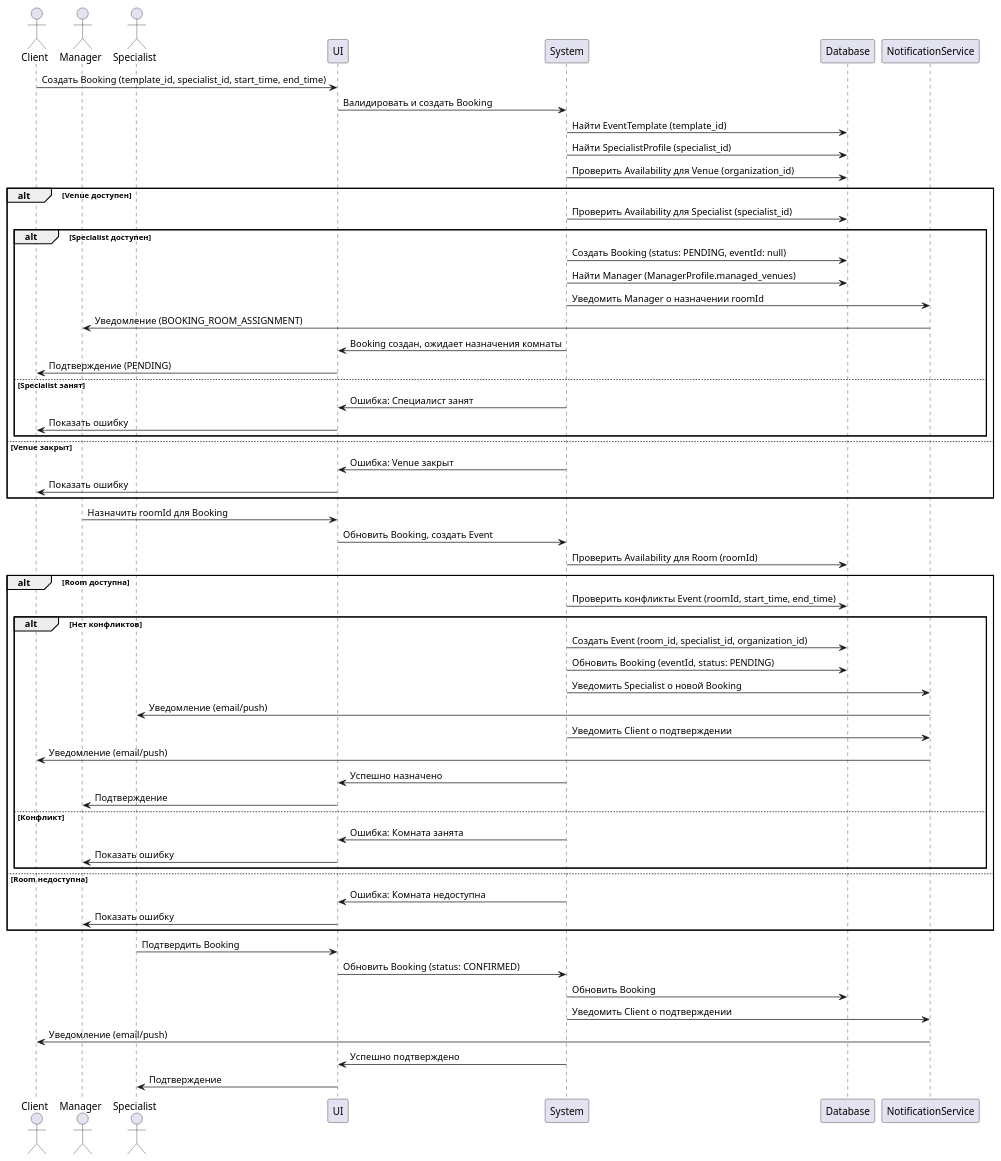
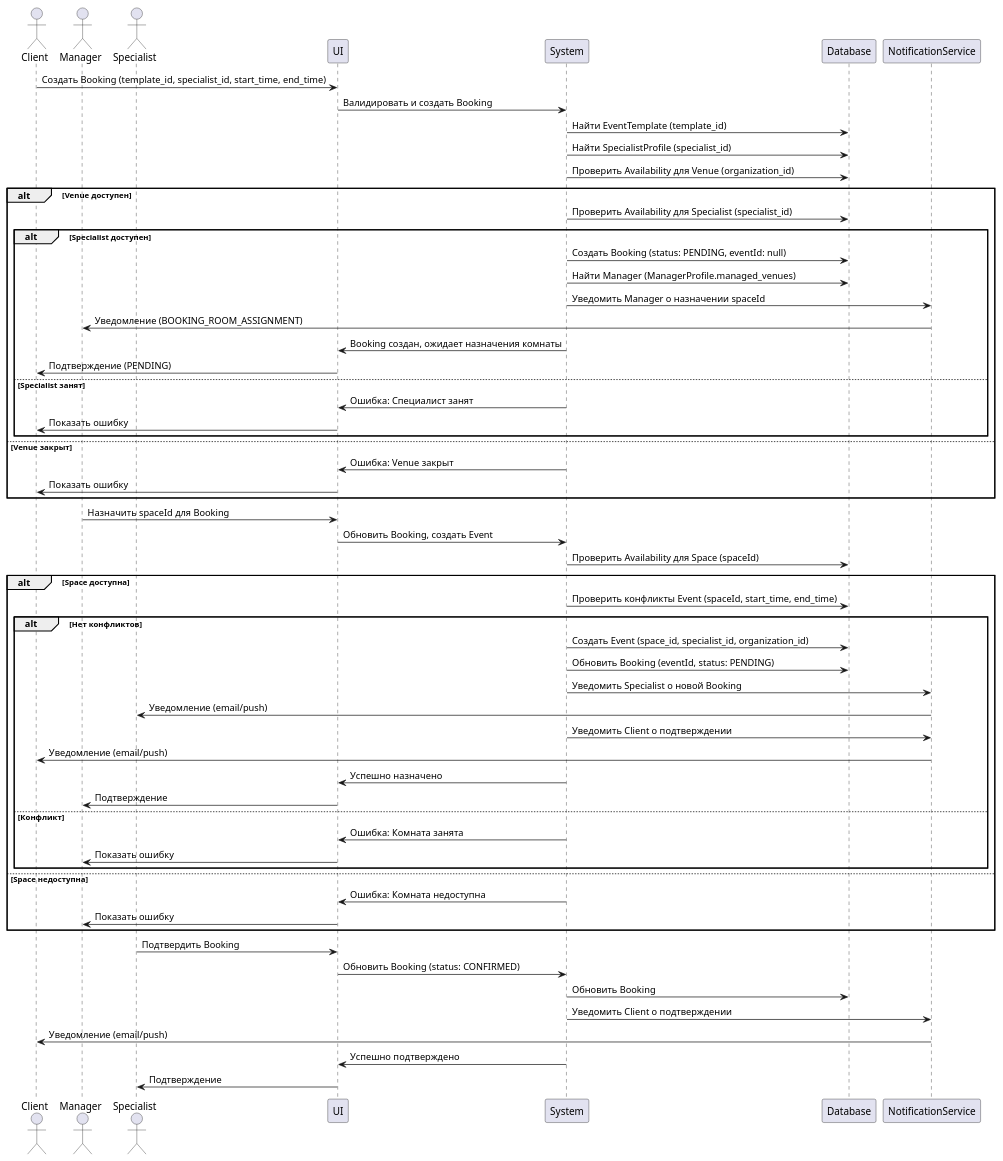
The diagram in docs/diagrams/src/booking-organization.puml (CodeImm/avacade), drawn with PlantUML before and after one commit. The commit also changed 15 other files, not shown here.

Commit message:
Refactor: rename all instances of room to space

```diff
--- a/docs/diagrams/src/booking-organization.puml
+++ b/docs/diagrams/src/booking-organization.puml
@@ -1,64 +1,64 @@
 @startuml
 actor Client
 actor Manager
 actor Specialist
 participant "UI" as UI
 participant "System" as System
 participant "Database" as DB
 participant "NotificationService" as NS
 
 Client -> UI: Создать Booking (template_id, specialist_id, start_time, end_time)
 UI -> System: Валидировать и создать Booking
 System -> DB: Найти EventTemplate (template_id)
 System -> DB: Найти SpecialistProfile (specialist_id)
 System -> DB: Проверить Availability для Venue (organization_id)
 alt Venue доступен
   System -> DB: Проверить Availability для Specialist (specialist_id)
   alt Specialist доступен
     System -> DB: Создать Booking (status: PENDING, eventId: null)
     System -> DB: Найти Manager (ManagerProfile.managed_venues)
-    System -> NS: Уведомить Manager о назначении roomId
+    System -> NS: Уведомить Manager о назначении spaceId
     NS -> Manager: Уведомление (BOOKING_ROOM_ASSIGNMENT)
     System -> UI: Booking создан, ожидает назначения комнаты
     UI -> Client: Подтверждение (PENDING)
   else Specialist занят
     System -> UI: Ошибка: Специалист занят
     UI -> Client: Показать ошибку
   end
 else Venue закрыт
   System -> UI: Ошибка: Venue закрыт
   UI -> Client: Показать ошибку
 end
 
-Manager -> UI: Назначить roomId для Booking
+Manager -> UI: Назначить spaceId для Booking
 UI -> System: Обновить Booking, создать Event
-System -> DB: Проверить Availability для Room (roomId)
-alt Room доступна
-  System -> DB: Проверить конфликты Event (roomId, start_time, end_time)
+System -> DB: Проверить Availability для Space (spaceId)
+alt Space доступна
+  System -> DB: Проверить конфликты Event (spaceId, start_time, end_time)
   alt Нет конфликтов
-    System -> DB: Создать Event (room_id, specialist_id, organization_id)
+    System -> DB: Создать Event (space_id, specialist_id, organization_id)
     System -> DB: Обновить Booking (eventId, status: PENDING)
     System -> NS: Уведомить Specialist о новой Booking
     NS -> Specialist: Уведомление (email/push)
     System -> NS: Уведомить Client о подтверждении
     NS -> Client: Уведомление (email/push)
     System -> UI: Успешно назначено
     UI -> Manager: Подтверждение
   else Конфликт
     System -> UI: Ошибка: Комната занята
     UI -> Manager: Показать ошибку
   end
-else Room недоступна
+else Space недоступна
   System -> UI: Ошибка: Комната недоступна
   UI -> Manager: Показать ошибку
 end
 
 Specialist -> UI: Подтвердить Booking
 UI -> System: Обновить Booking (status: CONFIRMED)
 System -> DB: Обновить Booking
 System -> NS: Уведомить Client о подтверждении
 NS -> Client: Уведомление (email/push)
 System -> UI: Успешно подтверждено
 UI -> Specialist: Подтверждение
 
 @enduml
```
